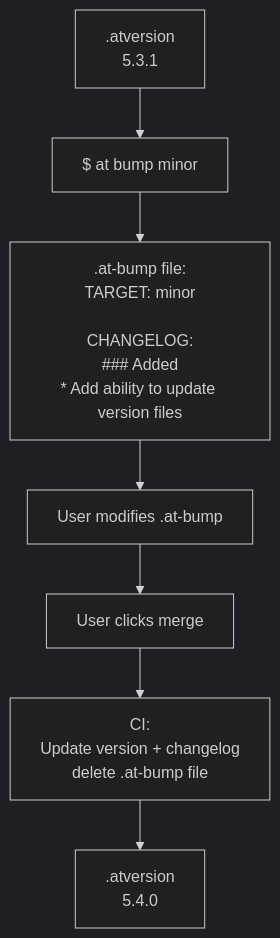
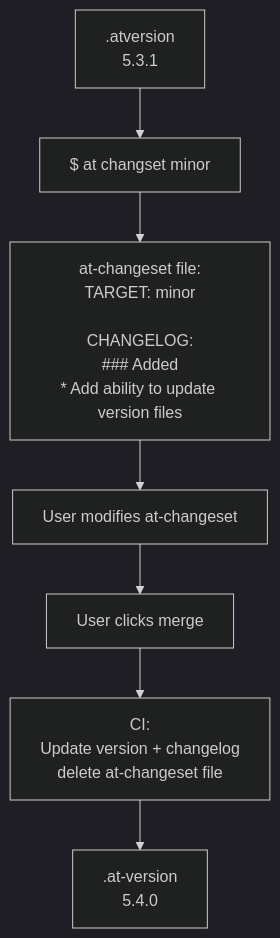
Before and after one commit to gregerspoulsen/artisan_tools: the diagram in doc/workflow.mermaid, drawn with Mermaid (dark theme).

Commit message:
Update diagram

```diff
--- a/doc/workflow.mermaid
+++ b/doc/workflow.mermaid
@@ -1,15 +1,15 @@
 graph TD
     A[.atversion<br>5.3.1]
-    B["$ at bump minor <br>"]
-    D[".at-bump file:<br>TARGET: minor<br><br>CHANGELOG:<br>### Added<br>* Add ability to update version files"]
-    E[User modifies .at-bump]
+    B["$ at changset minor <br>"]
+    D["at-changeset file:<br>TARGET: minor<br><br>CHANGELOG:<br>### Added<br>* Add ability to update version files"]
+    E[User modifies at-changeset]
     F[User clicks merge]
-    G[CI:<br>Update version + changelog<br>delete .at-bump file]
-    H[.atversion<br>5.4.0]
+    G[CI:<br>Update version + changelog<br>delete at-changeset file]
+    H[.at-version<br>5.4.0]
 
     A --> B
     B --> D
     D --> E
     E --> F
     F --> G
     G --> H
```
